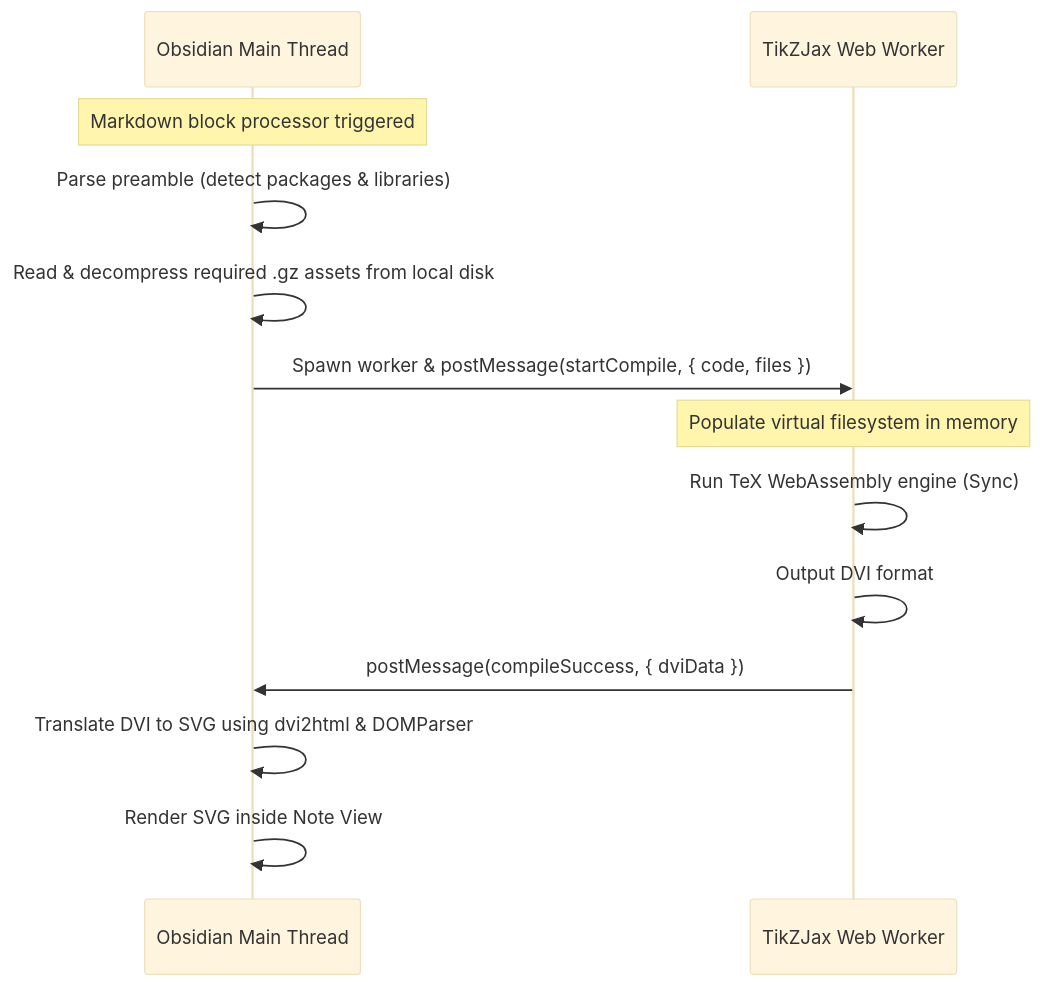
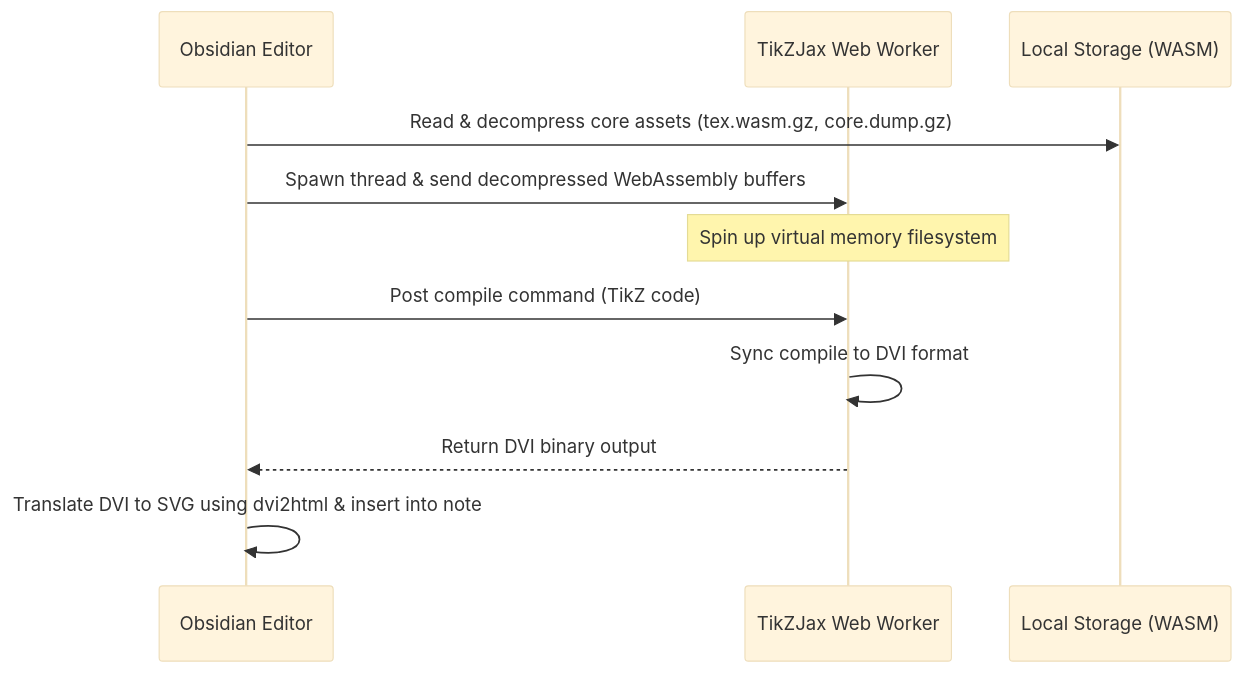
Before and after one commit to YouFoundJK/TeXcore: the diagram in docs/features/tikz.md, drawn with Mermaid (base theme). The commit also changed other lines of this file and 41 other files, not shown here.

````diff
--- a/docs/features/tikz.md
+++ b/docs/features/tikz.md
@@ -24,16 +11,14 @@
 ```mermaid
 sequenceDiagram
-    participant Main as Obsidian Main Thread
+    participant Main as Obsidian Editor
     participant Worker as TikZJax Web Worker
+    participant Disk as Local Storage (WASM)
     
-    Note over Main: Markdown block processor triggered
-    Main->>Main: Parse preamble (detect packages & libraries)
-    Main->>Main: Read & decompress required .gz assets from local disk
-    Main->>Worker: Spawn worker & postMessage(startCompile, { code, files })
-    Note over Worker: Populate virtual filesystem in memory
-    Worker->>Worker: Run TeX WebAssembly engine (Sync)
-    Worker->>Worker: Output DVI format
-    Worker->>Main: postMessage(compileSuccess, { dviData })
-    Main->>Main: Translate DVI to SVG using dvi2html & DOMParser
-    Main->>Main: Render SVG inside Note View
+    Main->>Disk: Read & decompress core assets (tex.wasm.gz, core.dump.gz)
+    Main->>Worker: Spawn thread & send decompressed WebAssembly buffers
+    Note over Worker: Spin up virtual memory filesystem
+    Main->>Worker: Post compile command (TikZ code)
+    Worker->>Worker: Sync compile to DVI format
+    Worker-->>Main: Return DVI binary output
+    Main->>Main: Translate DVI to SVG using dvi2html & insert into note
 ```
````
